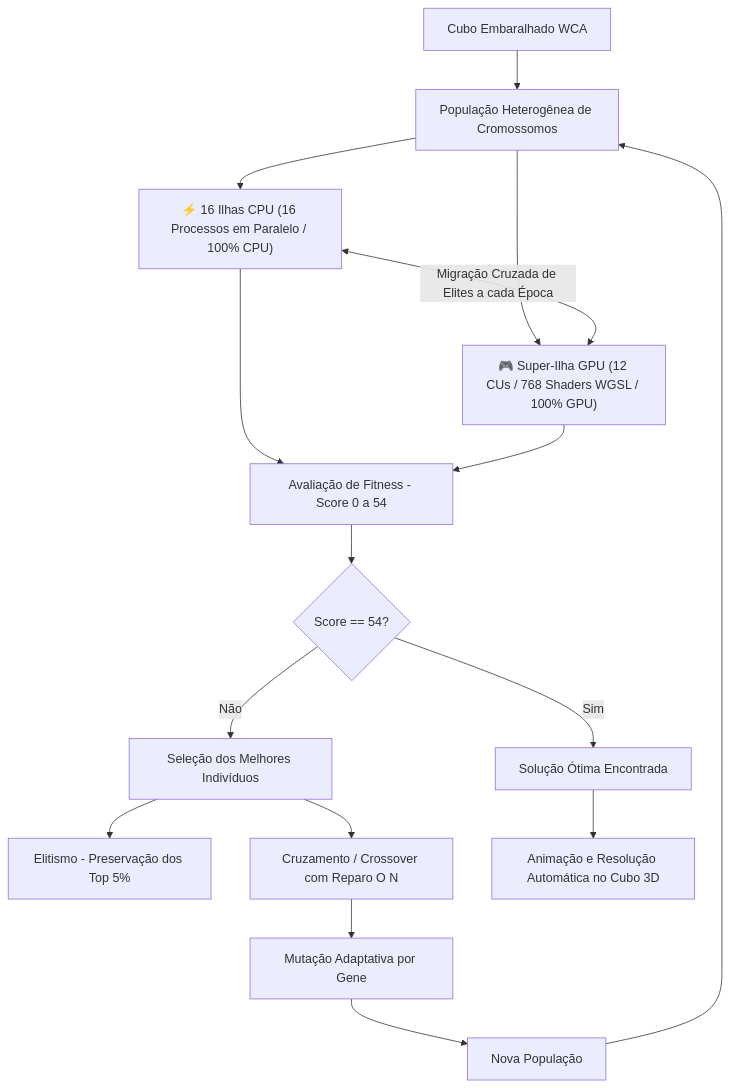
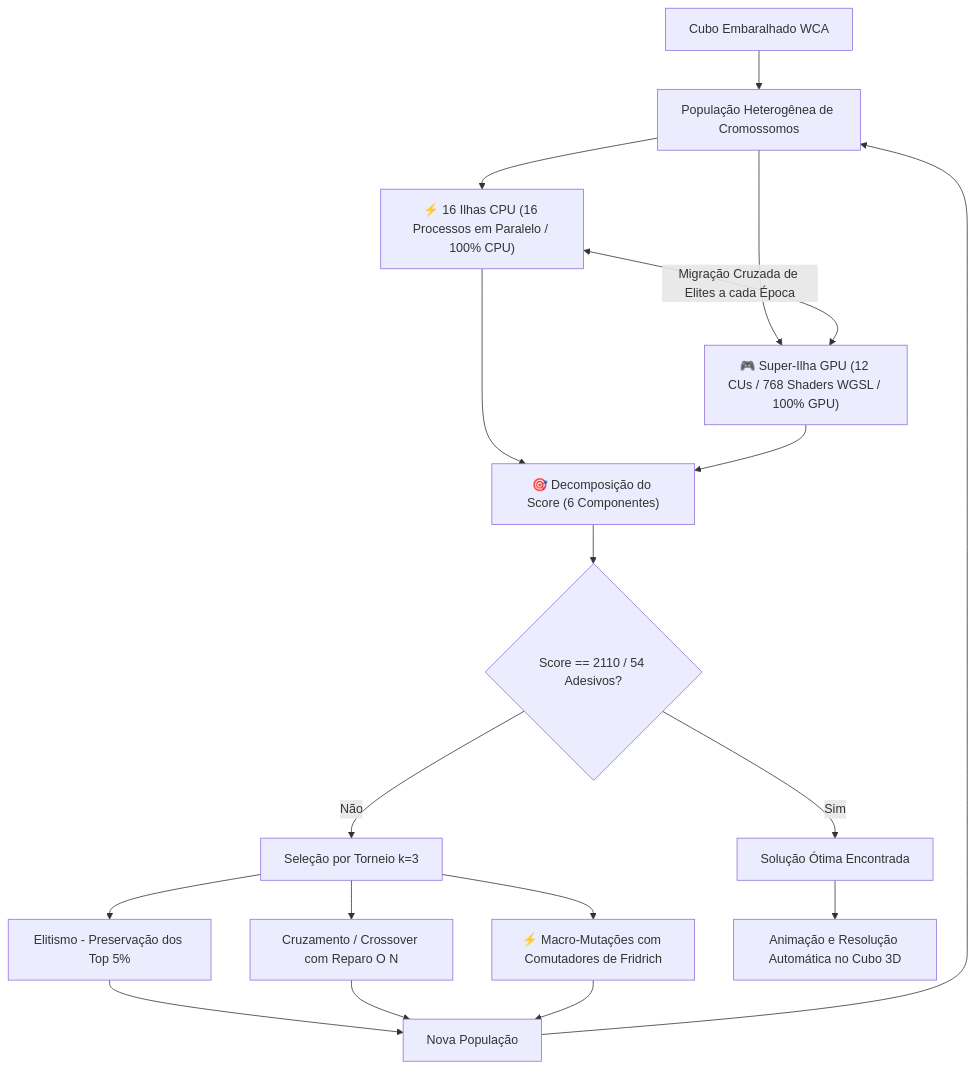
Before and after one commit to luiz0067yahoo/python-algoritmo-genetico-inteligencia-artificial-cubo-de-rubik: the first of 2 diagrams in README.md, drawn with Mermaid. The commit also changed other lines of this file and 19 other files, not shown here.

````diff
--- a/README.md
+++ b/README.md
@@ -45,18 +50,20 @@
 ```mermaid
 graph TD
     A[Cubo Embaralhado WCA] --> B[População Heterogênea de Cromossomos]
     B --> C["⚡ 16 Ilhas CPU (16 Processos em Paralelo / 100% CPU)"]
     B --> D["🎮 Super-Ilha GPU (12 CUs / 768 Shaders WGSL / 100% GPU)"]
     C <-->|Migração Cruzada de Elites a cada Época| D
-    C --> E[Avaliação de Fitness - Score 0 a 54]
+    C --> E["🎯 Decomposição do Score (6 Componentes)"]
     D --> E
-    E --> F{Score == 54?}
+    E --> F{Score == 2110 / 54 Adesivos?}
     F -- Sim --> G[Solução Ótima Encontrada]
-    F -- Não --> H[Seleção dos Melhores Indivíduos]
+    F -- Não --> H[Seleção por Torneio k=3]
     H --> I[Elitismo - Preservação dos Top 5%]
     H --> J[Cruzamento / Crossover com Reparo O N]
-    J --> K[Mutação Adaptativa por Gene]
-    K --> L[Nova População]
+    H --> K["⚡ Macro-Mutações com Comutadores de Fridrich"]
+    I --> L[Nova População]
+    J --> L
+    K --> L
     L --> B
     G --> M[Animação e Resolução Automática no Cubo 3D]
 ```
````
